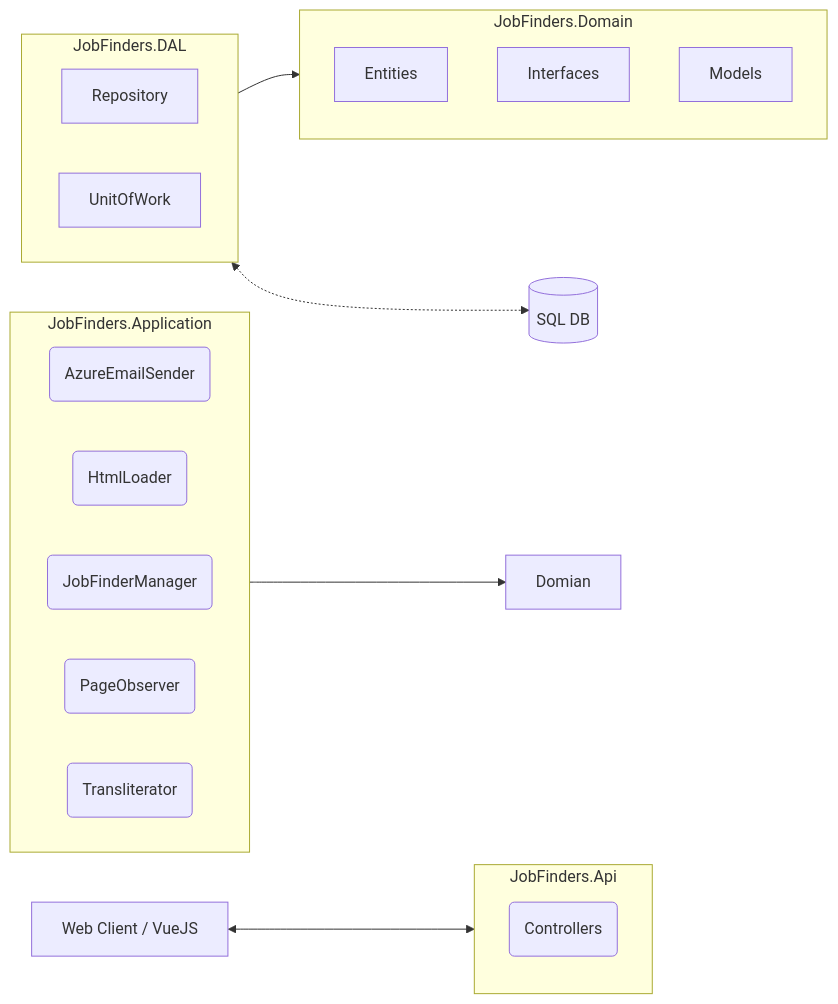
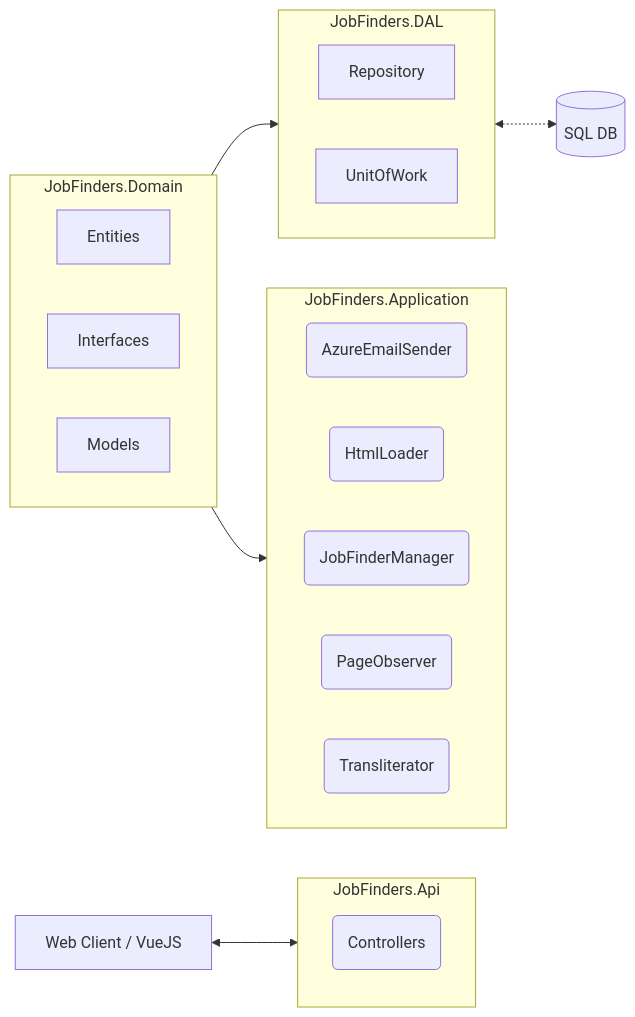
One commit to DarthVader666666/JobFinder changed the diagram in README.md. Above: the diagram before and after it, drawn with Mermaid.

````diff
--- a/README.md
+++ b/README.md
@@ -1,34 +1,35 @@
 ```mermaid
 flowchart LR
   subgraph API[JobFinders.Api]
     Controllers(Controllers)
   end
 
   Client[Web Client / VueJS] <--> API
 
   subgraph Application[JobFinders.Application]
     direction LR
     AzureEmailSender(AzureEmailSender)
     HtmlLoader(HtmlLoader)
     JobFinderManager(JobFinderManager)    
     PageObserver(PageObserver)
     Transliterator(Transliterator)
   end
 
   subgraph DAL[JobFinders.DAL]
     direction LR
     Repository[Repository]
     UOW[UnitOfWork]
   end
 
   subgraph Domain[JobFinders.Domain]
+    direction LR
     Entities[Entities]
     Interfaces[Interfaces]
     Models[Models]
   end
 
-  DAL --> Domain
-  Application --> Domian
+  Domain --> DAL
+  Domain --> Application
 
   DAL <-.-> DB[(SQL DB)]
 ```
````
